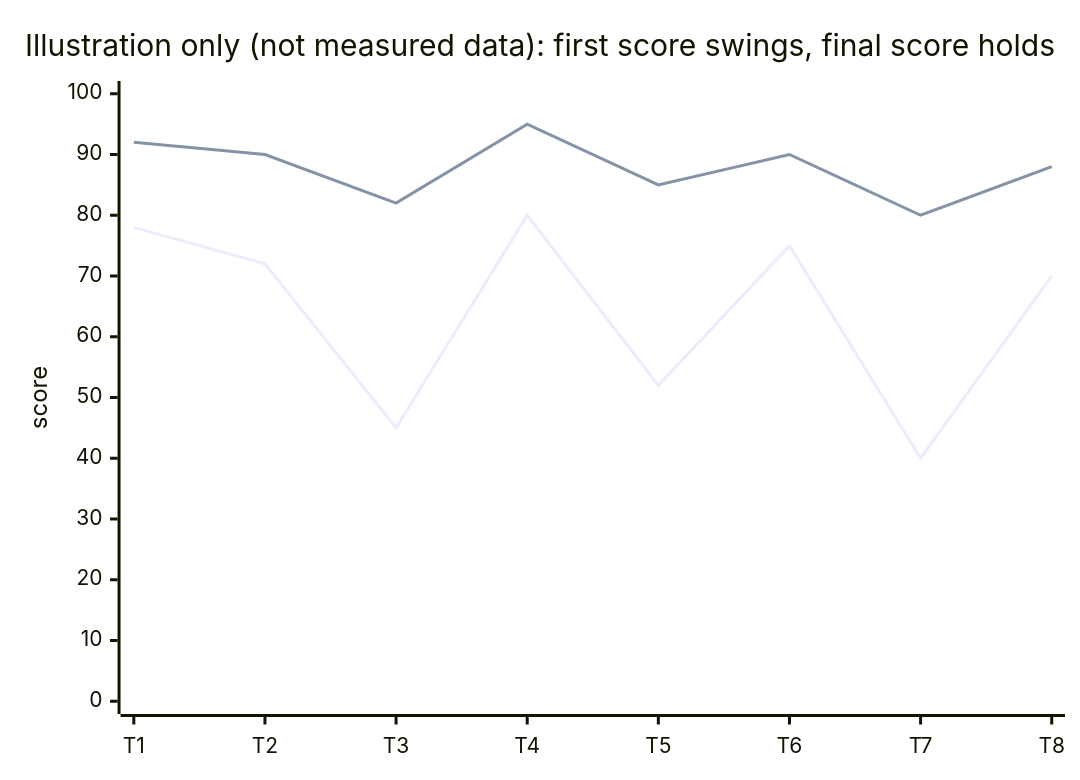
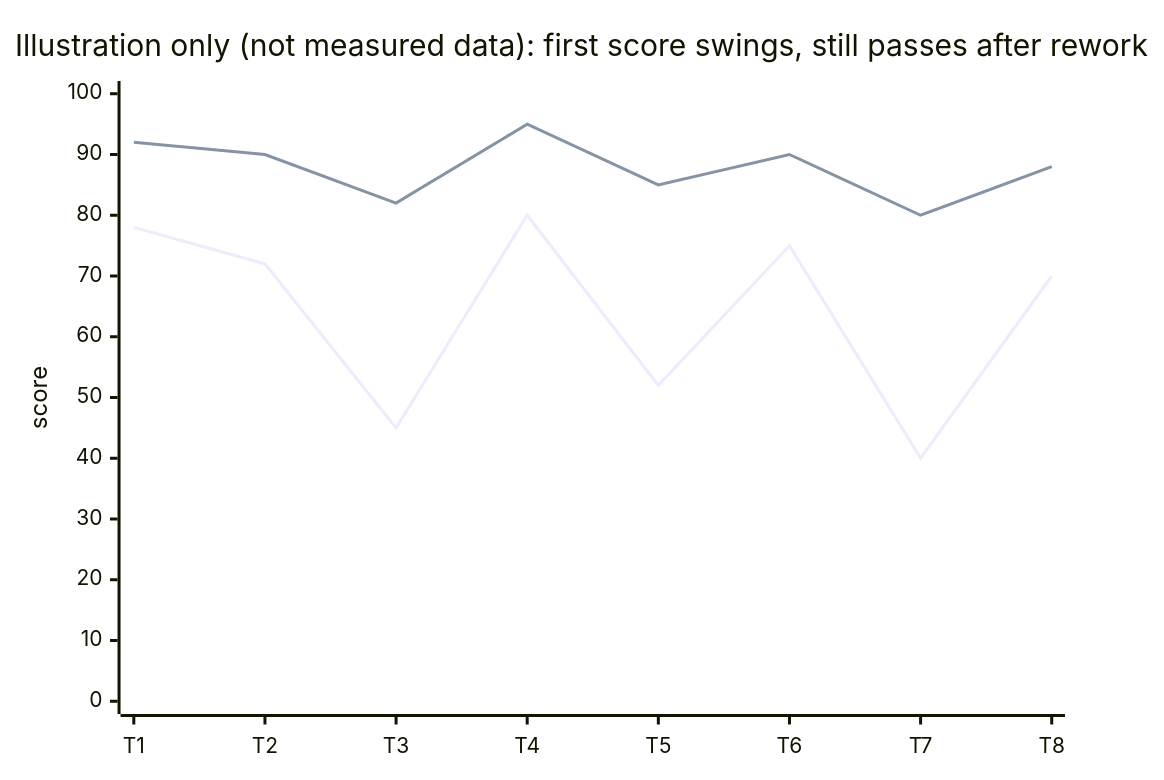
One commit to st666xiao/claude-relay changed the third of 3 diagrams in README.en.md. Above: the diagram before and after it, drawn with Mermaid. The commit also changed other lines of this file and 16 other files, not shown here.

````diff
--- a/README.en.md
+++ b/README.en.md
@@ -65,8 +65,8 @@
 ```mermaid
 xychart-beta
-  title "Illustration only (not measured data): first score swings, final score holds"
+  title "Illustration only (not measured data): first score swings, still passes after rework"
   x-axis ["T1","T2","T3","T4","T5","T6","T7","T8"]
   y-axis "score" 0 --> 100
   line [78, 72, 45, 80, 52, 75, 40, 70]
   line [92, 90, 82, 95, 85, 90, 80, 88]
 ```
````
